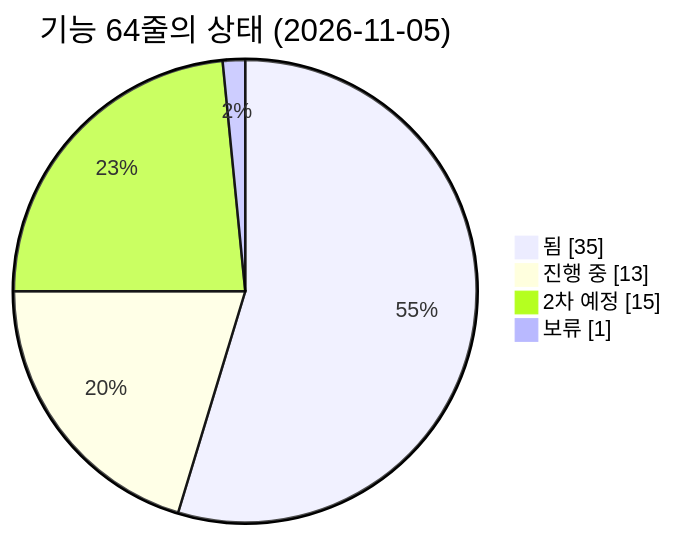
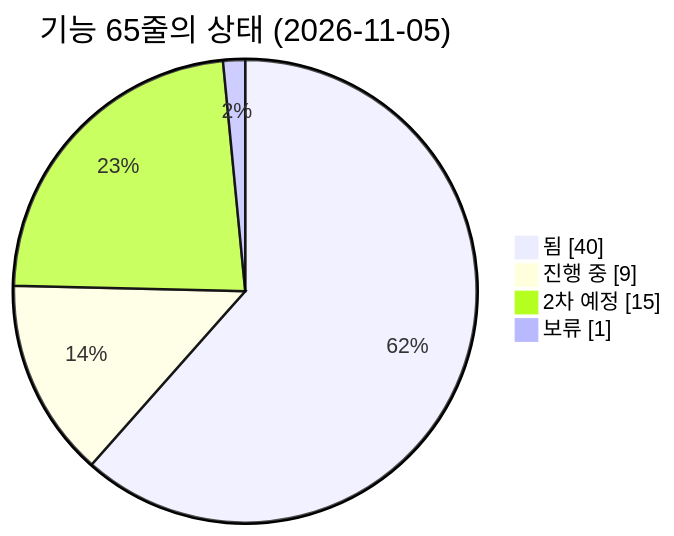
One commit to agent-ddalgi-team/final-geosan changed the first of 3 diagrams in docs/map/feature-map.md. Above: the diagram before and after it, drawn with Mermaid. The commit also changed other lines of this file and 3 other files, not shown here.

````diff
--- a/docs/map/feature-map.md
+++ b/docs/map/feature-map.md
@@ -31,8 +31,8 @@
 ```mermaid
 pie showData
-    title 기능 64줄의 상태 (2026-11-05)
-    "됨" : 35
-    "진행 중" : 13
+    title 기능 65줄의 상태 (2026-11-05)
+    "됨" : 40
+    "진행 중" : 9
     "2차 예정" : 15
     "보류" : 1
 ```
````
